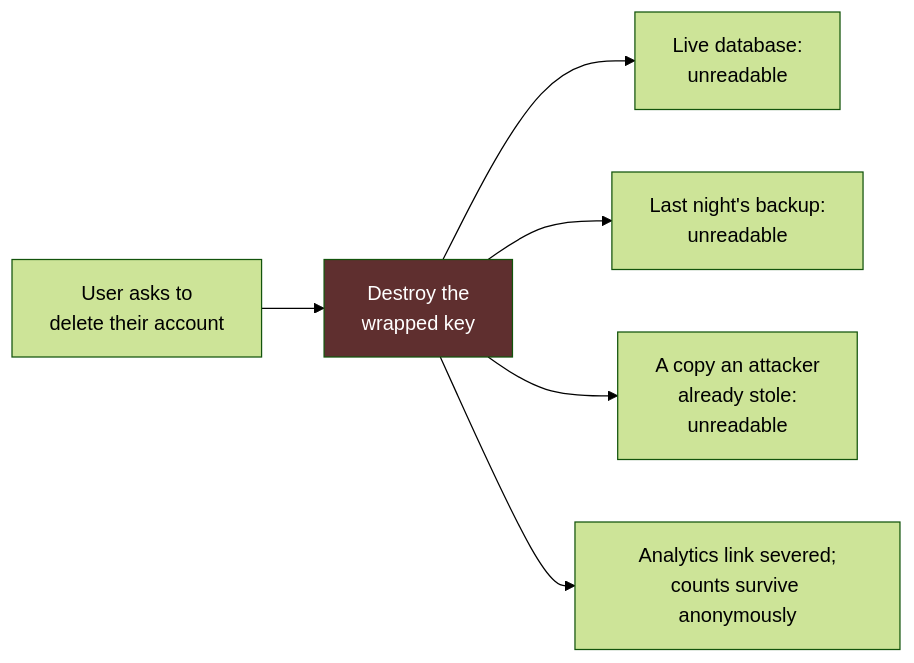
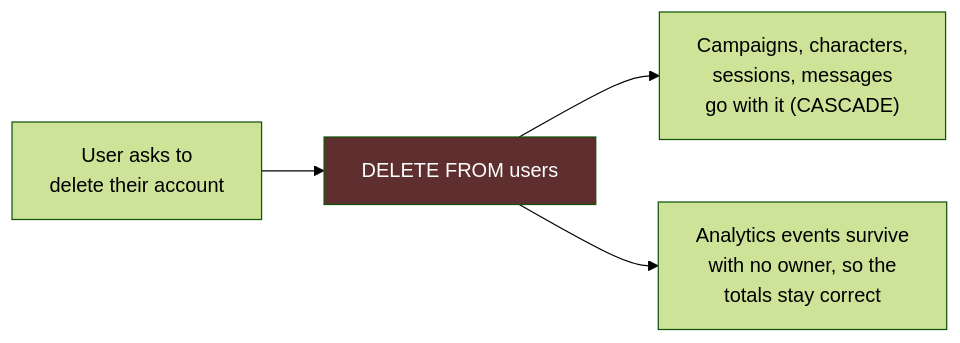
The fifth of 7 diagrams in ARCHITECTURE.md (alvarexander/ai-dungeon-master), drawn with Mermaid (forest theme) before and after one commit. The commit also changed other lines of this file and 77 other files, not shown here.

````diff
--- a/ARCHITECTURE.md
+++ b/ARCHITECTURE.md
@@ -260,10 +212,8 @@
 ```mermaid
 graph LR
-    A["User asks to<br/>delete their account"] --> B["Destroy the<br/>wrapped key"]
-    B --> C["Live database:<br/>unreadable"]
-    B --> D["Last night's backup:<br/>unreadable"]
-    B --> E["A copy an attacker<br/>already stole:<br/>unreadable"]
-    B --> F["Analytics link severed;<br/>counts survive anonymously"]
+    A["User asks to<br/>delete their account"] --> B["DELETE FROM users"]
+    B --> C["Campaigns, characters,<br/>sessions, messages<br/>go with it (CASCADE)"]
+    B --> D["Analytics events survive<br/>with no owner, so the<br/>totals stay correct"]
 
     style B fill:#5f2f2f,color:#fff
 ```
````
